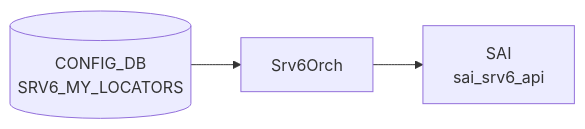
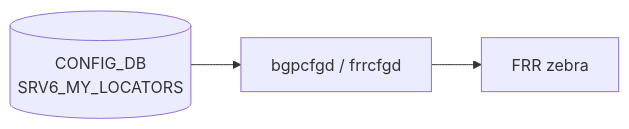
One commit to aoki-taquan/sonic-unofficial-docs changed the diagram in docs/reference/config-db/srv6-my-locators.md. Above: the diagram before and after it, drawn with Mermaid. The commit also changed other lines of this file and 4 other files, not shown here.

First line of the commit message:
review(batch-111): SRv6 5ページ — Mermaid ノード名修正・sources ref 固定

````diff
--- a/docs/reference/config-db/srv6-my-locators.md
+++ b/docs/reference/config-db/srv6-my-locators.md
@@ -33,8 +33,8 @@
 ```mermaid
 flowchart LR
   CDB[("CONFIG_DB<br/>SRV6_MY_LOCATORS")]
-  DM["Srv6Orch"]
+  DM["bgpcfgd / frrcfgd"]
   CDB --> DM
-  SAI["SAI<br/>sai_srv6_api"]
-  DM --> SAI
+  FRR["FRR zebra"]
+  DM --> FRR
 ```
````
